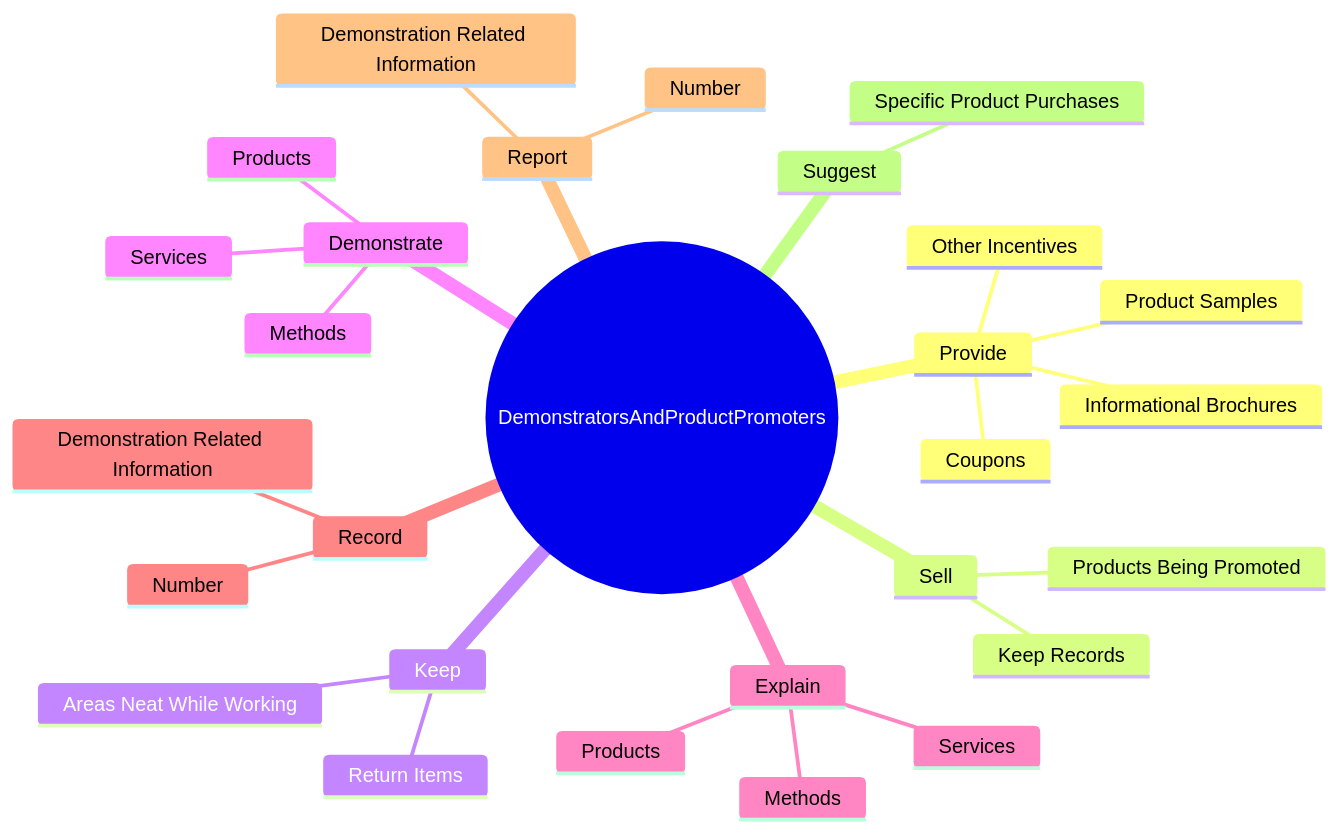
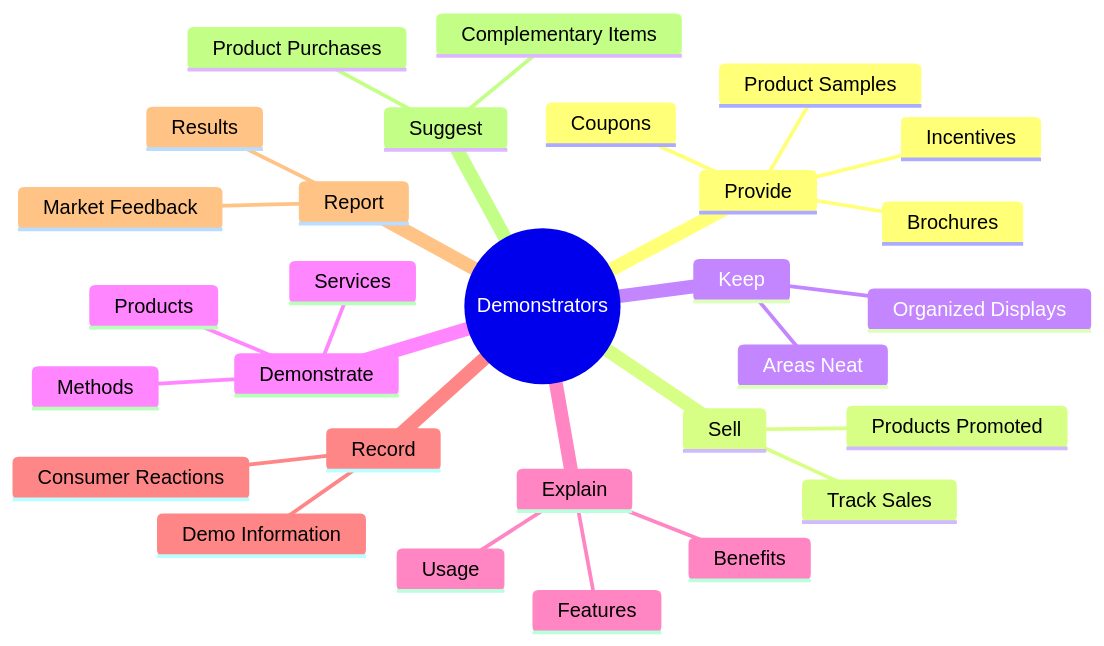
Before and after one commit to kziemski/business.org.ai: the second of 4 diagrams in occupations/Sales/DemonstratorsAndProductPromoters.mdx, drawn with Mermaid. The commit also changed other lines of this file and 938 other files, not shown here.

````diff
--- a/occupations/Sales/DemonstratorsAndProductPromoters.mdx
+++ b/occupations/Sales/DemonstratorsAndProductPromoters.mdx
@@ -37,31 +45,32 @@
 ```mermaid
 mindmap
-    root(("DemonstratorsAndProductPromoters"))
+    root(("Demonstrators"))
         Provide
             Product Samples
             Coupons
-            Informational Brochures
-            Other Incentives
+            Brochures
+            Incentives
         Sell
-            Products Being Promoted
-            Keep Records
+            Products Promoted
+            Track Sales
         Keep
-            Areas Neat While Working
-            Return Items
+            Areas Neat
+            Organized Displays
         Demonstrate
             Products
             Methods
             Services
         Explain
-            Products
-            Methods
-            Services
+            Features
+            Benefits
+            Usage
         Record
-            Demonstration Related Information
-            Number
+            Demo Information
+            Consumer Reactions
         Report
-            Demonstration Related Information
-            Number
+            Results
+            Market Feedback
         Suggest
-            Specific Product Purchases
+            Product Purchases
+            Complementary Items
 ```
````
